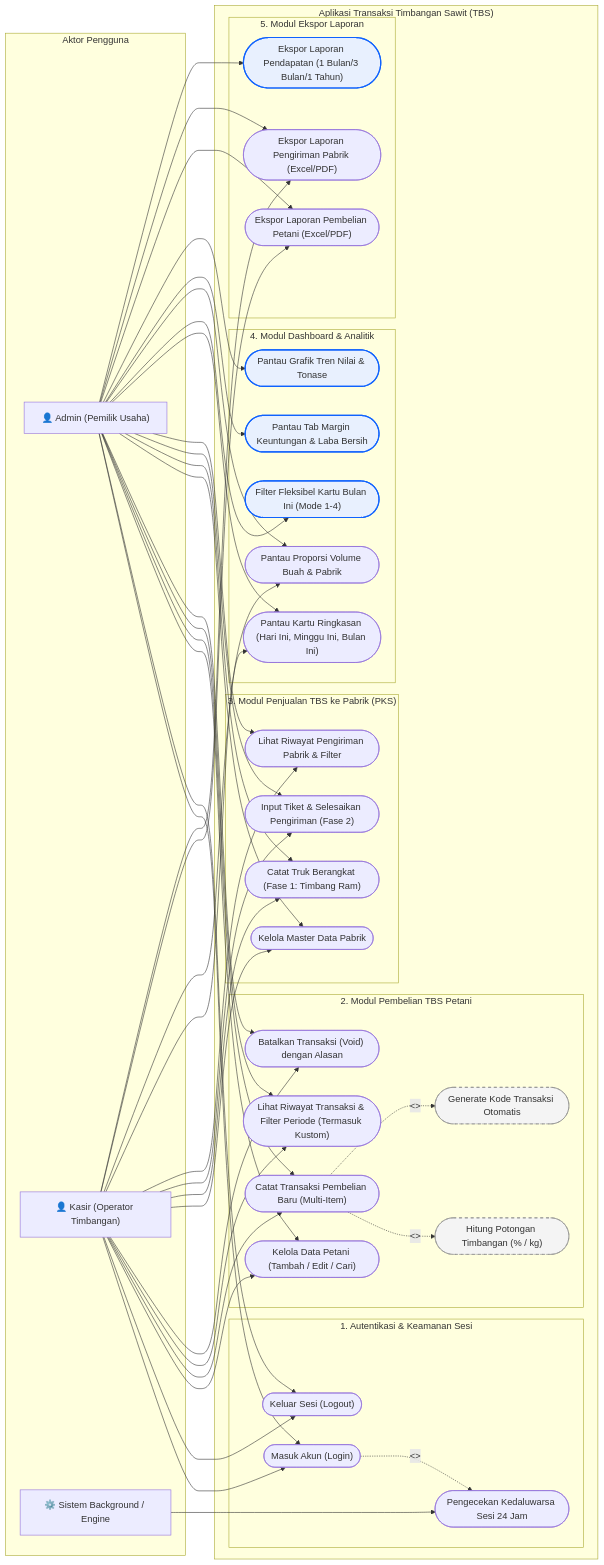
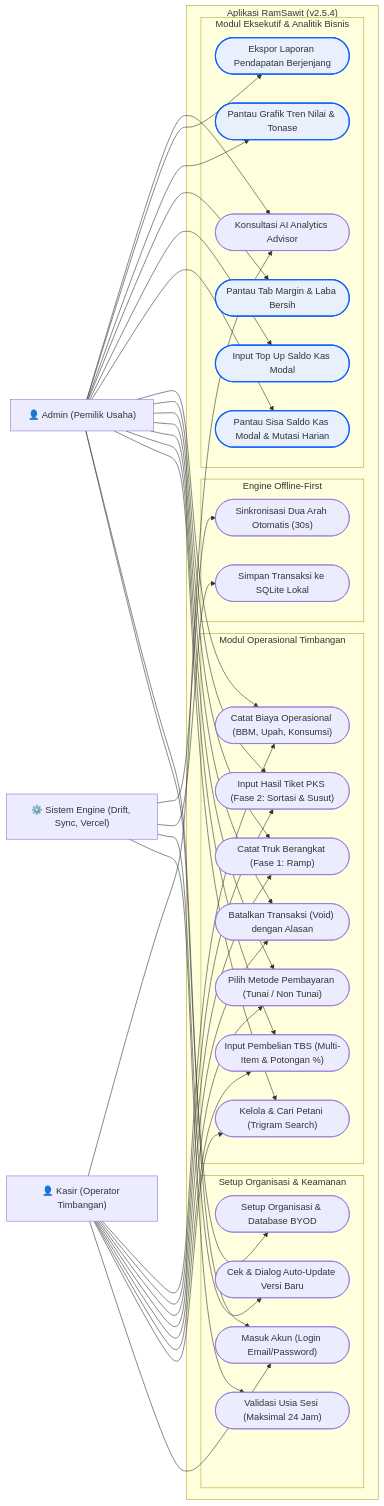
The fifth of 13 diagrams in doc/DIAGRAM-SISTEM-Aplikasi-Transaksi-Sawit.md (Mfkr07/RamSawit-App), drawn with Mermaid before and after one commit. The commit also changed other lines of this file and 7 other files, not shown here.

````diff
--- a/doc/DIAGRAM-SISTEM-Aplikasi-Transaksi-Sawit.md
+++ b/doc/DIAGRAM-SISTEM-Aplikasi-Transaksi-Sawit.md
@@ -249,94 +348,72 @@
 ```mermaid
 flowchart LR
-    %% Aktor
-    subgraph AKTOR ["Aktor Pengguna"]
-        Admin["👤 Admin (Pemilik Usaha)"]
-        Kasir["👤 Kasir (Operator Timbangan)"]
-        Sistem["⚙️ Sistem Background / Engine"]
-    end
+    Admin["👤 Admin (Pemilik Usaha)"]
+    Kasir["👤 Kasir (Operator Timbangan)"]
+    Sistem["⚙️ Sistem Engine (Drift, Sync, Vercel)"]
 
-    %% Batas Sistem
-    subgraph SISTEM_TBS ["Aplikasi Transaksi Timbangan Sawit (TBS)"]
-
-        subgraph UC_AUTH ["1. Autentikasi & Keamanan Sesi"]
-            UC1(["Masuk Akun (Login)"])
-            UC2(["Keluar Sesi (Logout)"])
-            UC3(["Pengecekan Kedaluwarsa Sesi 24 Jam"])
+    subgraph SISTEM_RAMSAWIT ["Aplikasi RamSawit (v2.5.4)"]
+        subgraph UC_TENANT ["Setup Organisasi & Keamanan"]
+            UC_BYOD(["Setup Organisasi & Database BYOD"])
+            UC_AUTH(["Masuk Akun (Login Email/Password)"])
+            UC_SESSION(["Validasi Usia Sesi (Maksimal 24 Jam)"])
+            UC_UPDATE(["Cek & Dialog Auto-Update Versi Baru"])
         end
 
-        subgraph UC_PETANI ["2. Modul Pembelian TBS Petani"]
-            UC4(["Kelola Data Petani (Tambah / Edit / Cari)"])
-            UC5(["Catat Transaksi Pembelian Baru (Multi-Item)"])
-            UC5a(["Hitung Potongan Timbangan (% / kg)"]):::includeCase
-            UC5b(["Generate Kode Transaksi Otomatis"]):::includeCase
-            UC6(["Lihat Riwayat Transaksi & Filter Periode (Termasuk Kustom)"])
-            UC7(["Batalkan Transaksi (Void) dengan Alasan"])
+        subgraph UC_OPERASIONAL ["Modul Operasional Timbangan"]
+            UC_PETANI(["Kelola & Cari Petani (Trigram Search)"])
+            UC_TRX(["Input Pembelian TBS (Multi-Item & Potongan %)"])
+            UC_BAYAR(["Pilih Metode Pembayaran (Tunai / Non Tunai)"])
+            UC_VOID(["Batalkan Transaksi (Void) dengan Alasan"])
+            UC_PABRIK1(["Catat Truk Berangkat (Fase 1: Ramp)"])
+            UC_PABRIK2(["Input Hasil Tiket PKS (Fase 2: Sortasi & Susut)"])
+            UC_PENGELUARAN(["Catat Biaya Operasional (BBM, Upah, Konsumsi)"])
         end
 
-        subgraph UC_PABRIK ["3. Modul Penjualan TBS ke Pabrik (PKS)"]
-            UC8(["Kelola Master Data Pabrik"])
-            UC9(["Catat Truk Berangkat (Fase 1: Timbang Ram)"])
-            UC10(["Input Tiket & Selesaikan Pengiriman (Fase 2)"])
-            UC11(["Lihat Riwayat Pengiriman Pabrik & Filter"])
+        subgraph UC_EKSEKUTIF ["Modul Eksekutif & Analitik Bisnis"]
+            UC_SALDO(["Pantau Sisa Saldo Kas Modal & Mutasi Harian"]):::adminOnly
+            UC_TOPUP(["Input Top Up Saldo Kas Modal"]):::adminOnly
+            UC_MARGIN(["Pantau Tab Margin & Laba Bersih"]):::adminOnly
+            UC_TREN(["Pantau Grafik Tren Nilai & Tonase"]):::adminOnly
+            UC_EXP_REV(["Ekspor Laporan Pendapatan Berjenjang"]):::adminOnly
+            UC_AI(["Konsultasi AI Analytics Advisor"])
         end
 
-        subgraph UC_DASHBOARD ["4. Modul Dashboard & Analitik"]
-            UC12(["Pantau Kartu Ringkasan (Hari Ini, Minggu Ini, Bulan Ini)"])
-            UC13(["Filter Fleksibel Kartu Bulan Ini (Mode 1-4)"]):::adminOnly
-            UC14(["Pantau Proporsi Volume Buah & Pabrik"])
-            UC15(["Pantau Tab Margin Keuntungan & Laba Bersih"]):::adminOnly
-            UC16(["Pantau Grafik Tren Nilai & Tonase"]):::adminOnly
-        end
-
-        subgraph UC_EXPORT ["5. Modul Ekspor Laporan"]
-            UC17(["Ekspor Laporan Pembelian Petani (Excel/PDF)"])
-            UC18(["Ekspor Laporan Pengiriman Pabrik (Excel/PDF)"])
-            UC19(["Ekspor Laporan Pendapatan (1 Bulan/3 Bulan/1 Tahun)"]):::adminOnly
+        subgraph UC_SYNC ["Engine Offline-First"]
+            UC_OFFLINE(["Simpan Transaksi ke SQLite Lokal"])
+            UC_BG_SYNC(["Sinkronisasi Dua Arah Otomatis (30s)"])
         end
     end
 
     classDef adminOnly fill:#e8f0fe,stroke:#0f62fe,stroke-width:2px;
-    classDef includeCase fill:#f4f4f4,stroke:#8d8d8d,stroke-dasharray: 5 5;
 
-    %% Relasi Kasir (Akses Operasional)
-    Kasir --> UC1
-    Kasir --> UC2
-    Kasir --> UC4
-    Kasir --> UC5
-    Kasir --> UC6
-    Kasir --> UC7
-    Kasir --> UC8
-    Kasir --> UC9
-    Kasir --> UC10
-    Kasir --> UC11
-    Kasir --> UC12
-    Kasir --> UC14
-    Kasir --> UC17
-    Kasir --> UC18
+    Kasir --> UC_AUTH
+    Kasir --> UC_PETANI
+    Kasir --> UC_TRX
+    Kasir --> UC_BAYAR
+    Kasir --> UC_VOID
+    Kasir --> UC_PABRIK1
+    Kasir --> UC_PABRIK2
+    Kasir --> UC_PENGELUARAN
+    Kasir --> UC_AI
 
-    %% Relasi Admin (Akses Penuh: Seluruh Kasir + Eksekutif Keuangan)
-    Admin --> UC1
-    Admin --> UC2
-    Admin --> UC4
-    Admin --> UC5
-    Admin --> UC6
-    Admin --> UC7
-    Admin --> UC8
-    Admin --> UC9
-    Admin --> UC10
-    Admin --> UC11
-    Admin --> UC12
-    Admin --> UC13
-    Admin --> UC14
-    Admin --> UC15
-    Admin --> UC16
-    Admin --> UC17
-    Admin --> UC18
-    Admin --> UC19
+    Admin --> UC_BYOD
+    Admin --> UC_AUTH
+    Admin --> UC_PETANI
+    Admin --> UC_TRX
+    Admin --> UC_BAYAR
+    Admin --> UC_VOID
+    Admin --> UC_PABRIK1
+    Admin --> UC_PABRIK2
+    Admin --> UC_PENGELUARAN
+    Admin --> UC_SALDO
+    Admin --> UC_TOPUP
+    Admin --> UC_MARGIN
+    Admin --> UC_TREN
+    Admin --> UC_EXP_REV
+    Admin --> UC_AI
 
-    %% Relasi Sistem Engine
-    Sistem --> UC3
-    UC1 -.->|"<<extend>>"| UC3
-    UC5 -.->|"<<include>>"| UC5a
-    UC5 -.->|"<<include>>"| UC5b
+    Sistem --> UC_SESSION
+    Sistem --> UC_UPDATE
+    Sistem --> UC_OFFLINE
+    Sistem --> UC_BG_SYNC
 ```
````
